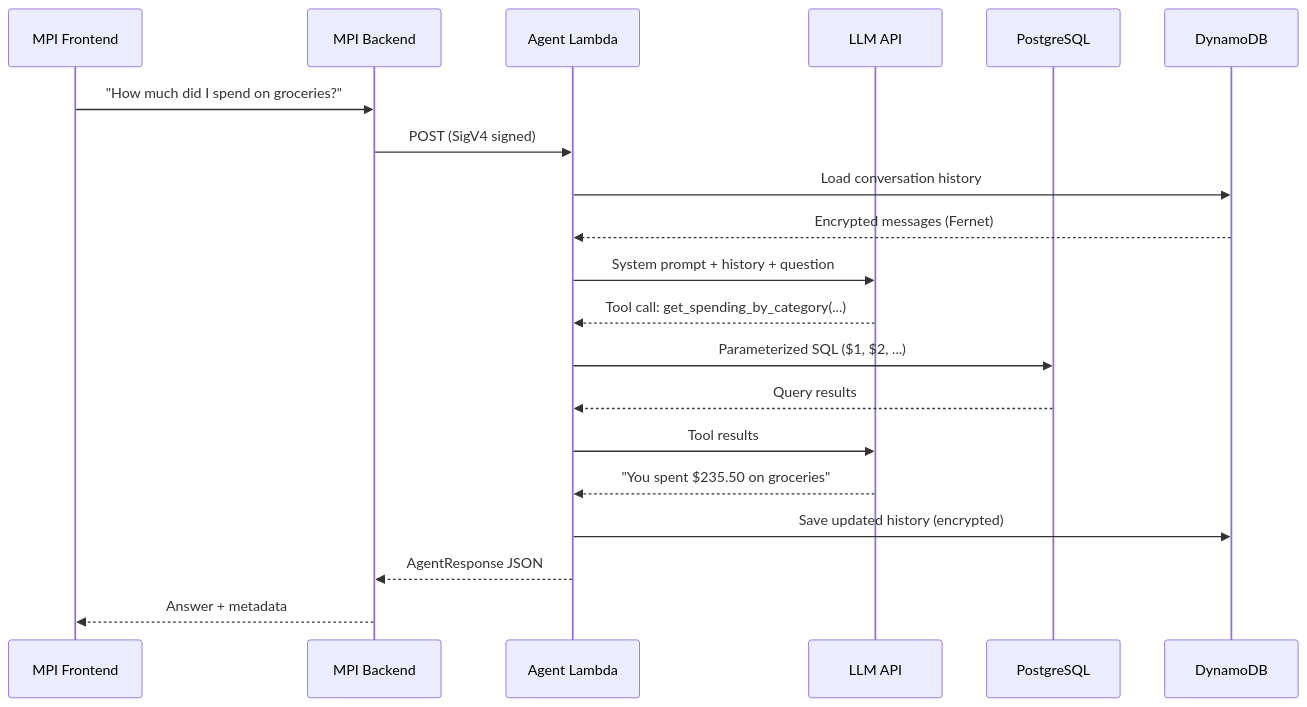
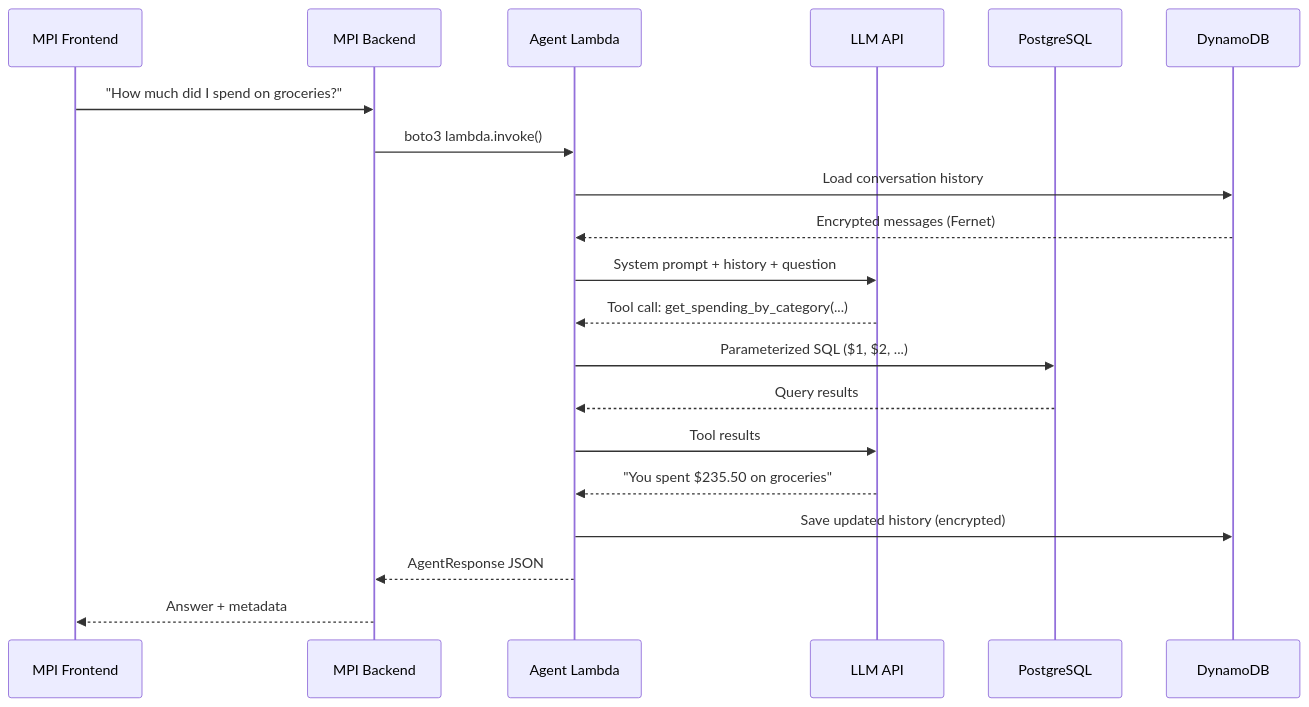
One commit to maxibove13/finance-query-agent changed the first of 7 diagrams in README.md. Above: the diagram before and after it, drawn with Mermaid. The commit also changed other lines of this file and 17 other files, not shown here.

````diff
--- a/README.md
+++ b/README.md
@@ -9,28 +9,28 @@
 ```mermaid
 sequenceDiagram
     participant Client as MPI Frontend
     participant Backend as MPI Backend
     participant Lambda as Agent Lambda
     participant LLM as LLM API
     participant PG as PostgreSQL
     participant Dynamo as DynamoDB
 
     Client->>Backend: "How much did I spend on groceries?"
-    Backend->>Lambda: POST (SigV4 signed)
+    Backend->>Lambda: boto3 lambda.invoke()
 
     Lambda->>Dynamo: Load conversation history
     Dynamo-->>Lambda: Encrypted messages (Fernet)
 
     Lambda->>LLM: System prompt + history + question
     LLM-->>Lambda: Tool call: get_spending_by_category(...)
 
     Lambda->>PG: Parameterized SQL ($1, $2, ...)
     PG-->>Lambda: Query results
 
     Lambda->>LLM: Tool results
     LLM-->>Lambda: "You spent $235.50 on groceries"
 
     Lambda->>Dynamo: Save updated history (encrypted)
     Lambda-->>Backend: AgentResponse JSON
     Backend-->>Client: Answer + metadata
 ```
````
